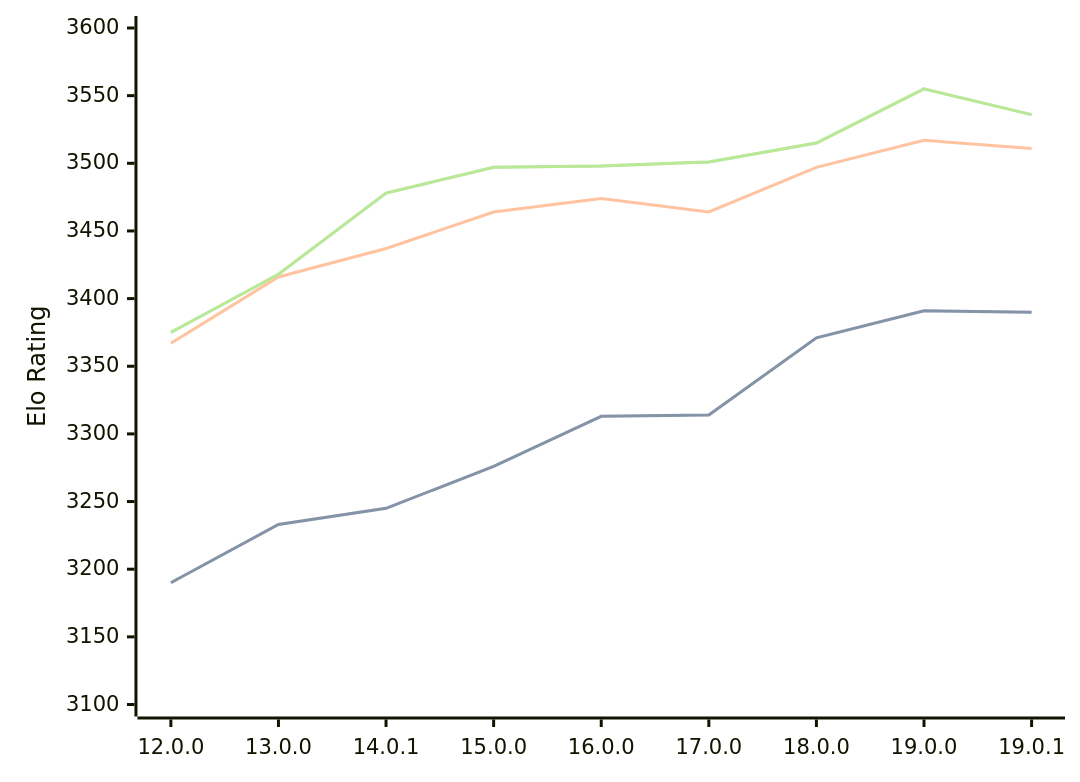
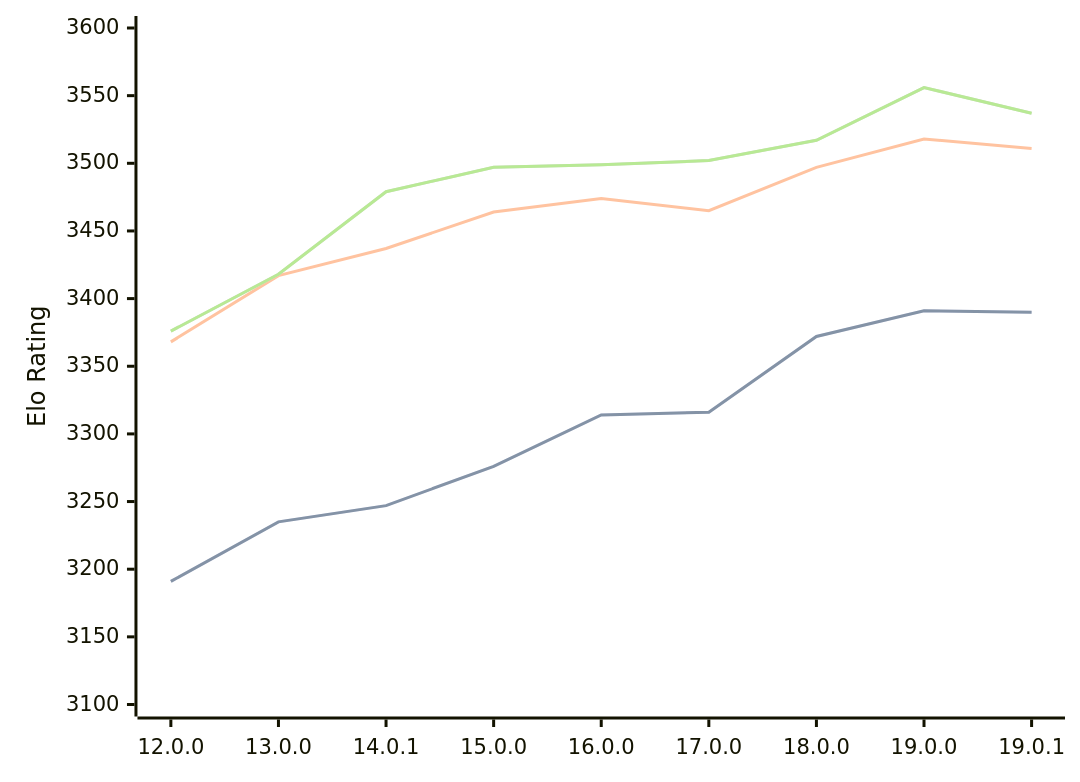
One commit to computer-chess-index/cci changed the first of 3 diagrams in engines/Viridithas.md. Above: the diagram before and after it, drawn with Mermaid. The commit also changed other lines of this file, not shown here.

Commit message:
Update CCI Ratings (ELO VLTC) - 2026-06-16

````diff
--- a/engines/Viridithas.md
+++ b/engines/Viridithas.md
@@ -63,11 +63,11 @@
 ```mermaid
 %%{init: {"theme":"base","themeVariables":{"seriesColors:['#a3a3a3','#222221','#faa371']}}}%%
 xychart-beta
   x-axis ["12.0.0", "13.0.0", "14.0.1", "15.0.0", "16.0.0", "17.0.0", "18.0.0", "19.0.0", "19.0.1"]
   y-axis "Elo Rating" 3100 --> 3600
-  line "STC (8.0+0.08s)" [3190, 3233, 3245, 3276, 3313, 3314, 3371, 3391, 3390]
-  line "STC (8.0+0.08s)" [3190, 3233, 3245, 3276, 3313, 3314, 3371, 3391, 3390]
-  line "LTC (60.0+0.60s)" [3367, 3416, 3437, 3464, 3474, 3464, 3497, 3517, 3511]
-  line "VLTC (2m24s+1.12s)" [3375, 3418, 3478, 3497, 3498, 3501, 3515, 3555, 3536]
-  line "VLTC (2m24s+1.12s)" [3375, 3418, 3478, 3497, 3498, 3501, 3515, 3555, 3536]
+  line "STC (8.0+0.08s)" [3191, 3235, 3247, 3276, 3314, 3316, 3372, 3391, 3390]
+  line "STC (8.0+0.08s)" [3191, 3235, 3247, 3276, 3314, 3316, 3372, 3391, 3390]
+  line "LTC (60.0+0.60s)" [3368, 3417, 3437, 3464, 3474, 3465, 3497, 3518, 3511]
+  line "VLTC (2m24s+1.12s)" [3376, 3418, 3479, 3497, 3499, 3502, 3517, 3556, 3537]
+  line "VLTC (2m24s+1.12s)" [3376, 3418, 3479, 3497, 3499, 3502, 3517, 3556, 3537]
 ```
````
